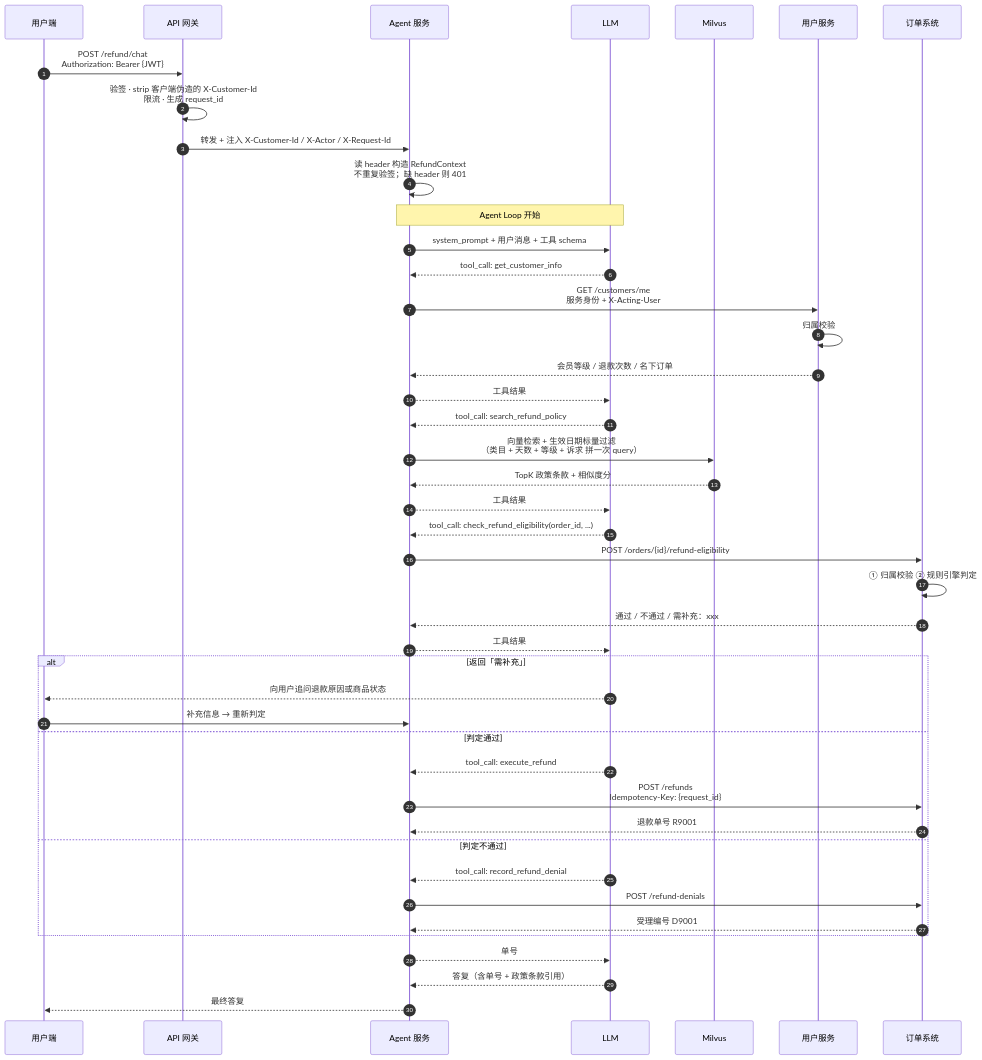
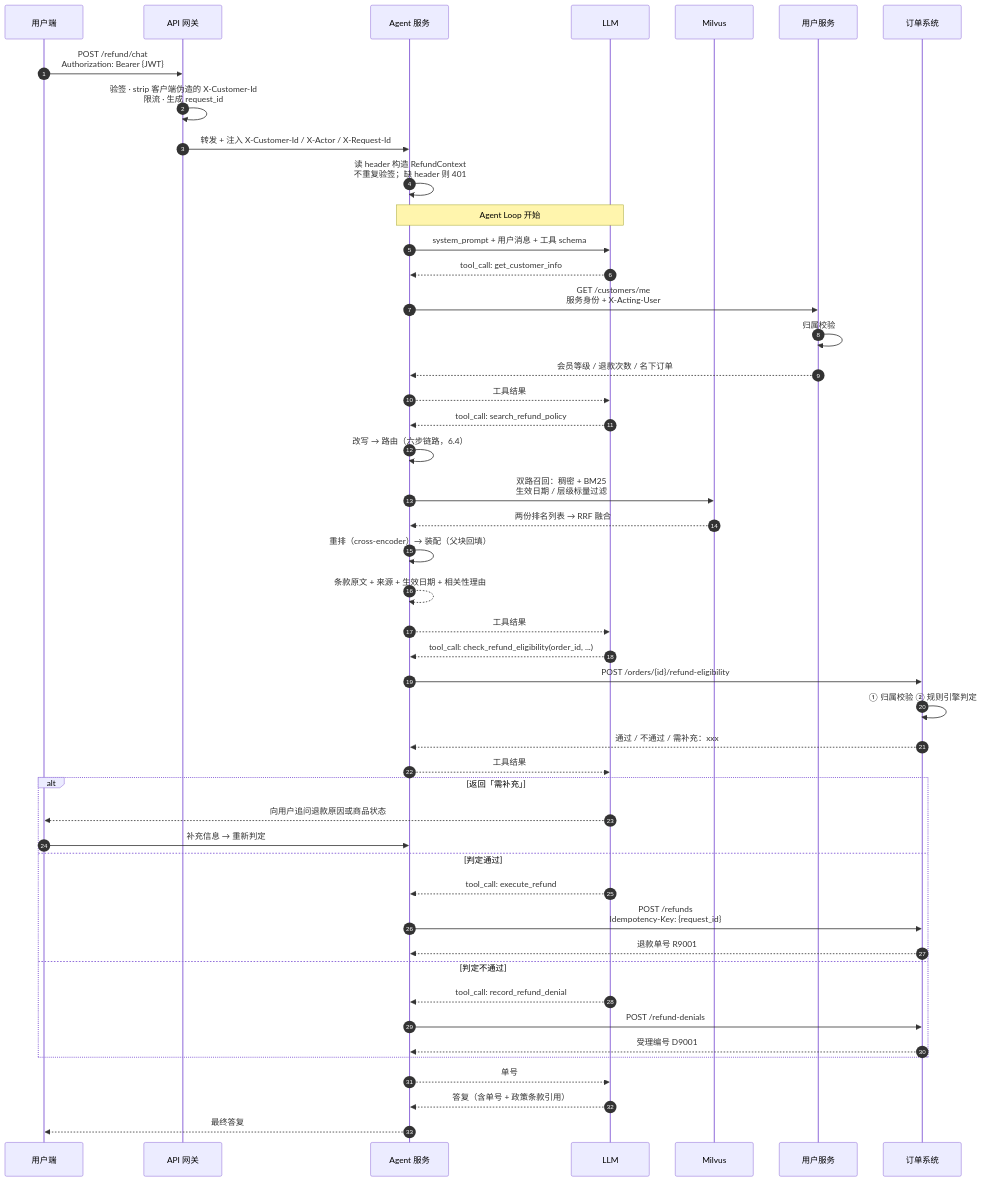
The second of 3 diagrams in README.md (tiltwind/refund-agent), drawn with Mermaid before and after one commit. The commit also changed other lines of this file and 29 other files, not shown here.

````diff
--- a/README.md
+++ b/README.md
@@ -136,54 +136,57 @@
 ```mermaid
 sequenceDiagram
     autonumber
     participant U as 用户端
     participant GW as API 网关
     participant AG as Agent 服务
     participant M as LLM
     participant KB as Milvus
     participant US as 用户服务
     participant OD as 订单系统
 
     U->>GW: POST /refund/chat<br/>Authorization: Bearer {JWT}
     GW->>GW: 验签 · strip 客户端伪造的 X-Customer-Id<br/>限流 · 生成 request_id
     GW->>AG: 转发 + 注入 X-Customer-Id / X-Actor / X-Request-Id
     AG->>AG: 读 header 构造 RefundContext<br/>不重复验签；缺 header 则 401
 
     Note over AG,M: Agent Loop 开始
 
     AG->>M: system_prompt + 用户消息 + 工具 schema
     M-->>AG: tool_call: get_customer_info
 
     AG->>US: GET /customers/me<br/>服务身份 + X-Acting-User
     US->>US: 归属校验
     US-->>AG: 会员等级 / 退款次数 / 名下订单
     AG-->>M: 工具结果
 
     M-->>AG: tool_call: search_refund_policy
-    AG->>KB: 向量检索 + 生效日期标量过滤<br/>（类目 + 天数 + 等级 + 诉求 拼一次 query）
-    KB-->>AG: TopK 政策条款 + 相似度分
+    AG->>AG: 改写 → 路由（六步链路，6.4）
+    AG->>KB: 双路召回：稠密 + BM25<br/>生效日期 / 层级标量过滤
+    KB-->>AG: 两份排名列表 → RRF 融合
+    AG->>AG: 重排（cross-encoder）→ 装配（父块回填）
+    AG-->>AG: 条款原文 + 来源 + 生效日期 + 相关性理由
     AG-->>M: 工具结果
 
     M-->>AG: tool_call: check_refund_eligibility(order_id, ...)
     AG->>OD: POST /orders/{id}/refund-eligibility
     OD->>OD: ① 归属校验 ② 规则引擎判定
     OD-->>AG: 通过 / 不通过 / 需补充：xxx
     AG-->>M: 工具结果
 
     alt 返回「需补充」
         M-->>U: 向用户追问退款原因或商品状态
         U->>AG: 补充信息 → 重新判定
     else 判定通过
         M-->>AG: tool_call: execute_refund
         AG->>OD: POST /refunds<br/>Idempotency-Key: {request_id}
         OD-->>AG: 退款单号 R9001
     else 判定不通过
         M-->>AG: tool_call: record_refund_denial
         AG->>OD: POST /refund-denials
         OD-->>AG: 受理编号 D9001
     end
 
     AG-->>M: 单号
     M-->>AG: 答复（含单号 + 政策条款引用）
     AG-->>U: 最终答复
 ```
````
